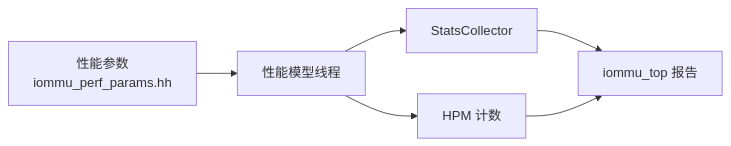
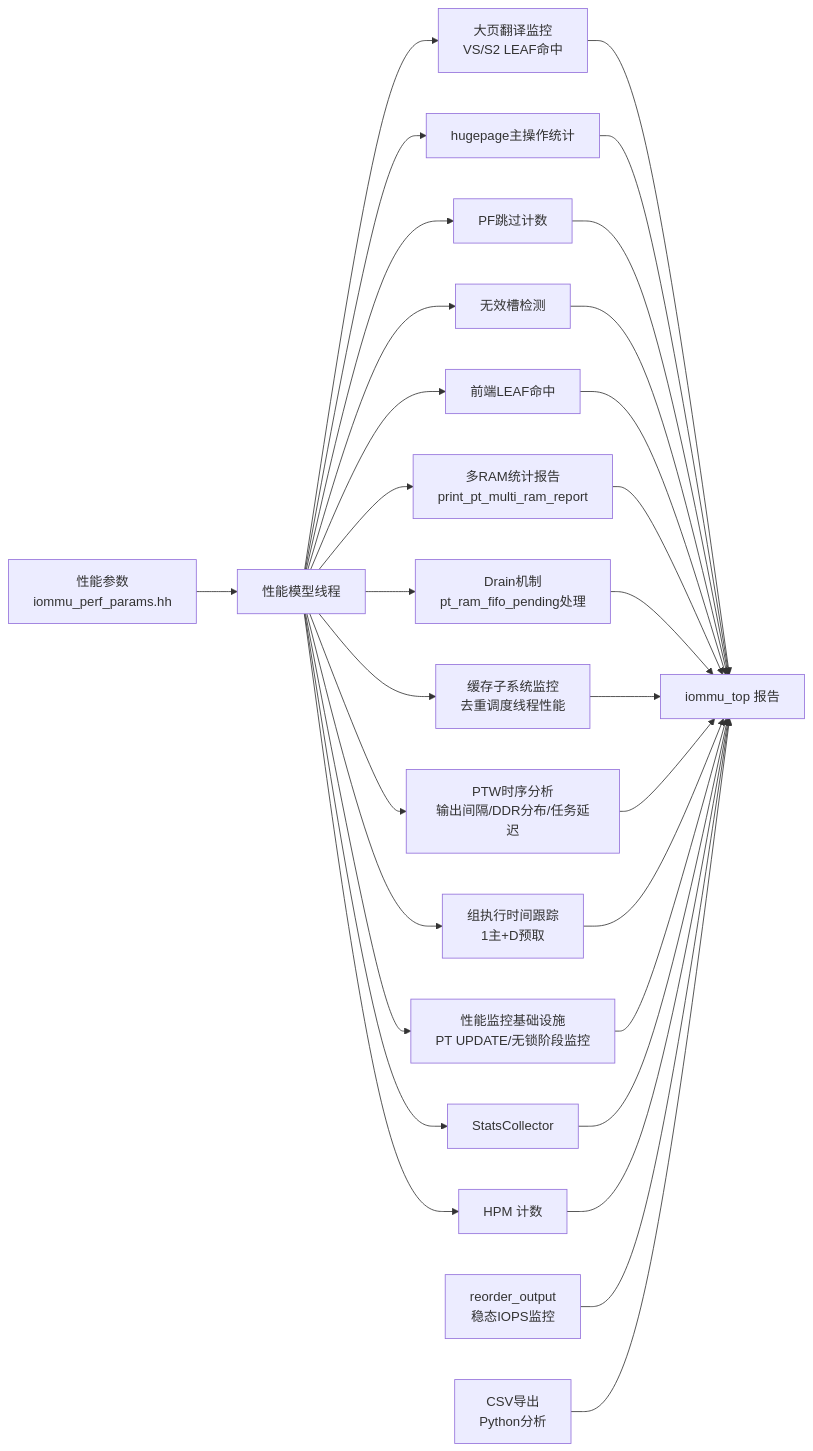
Diagram 11 of 11 in .qoder/repowiki/zh/content/性能模型/性能指标与统计.md (jiangjiang1122/iommu_model_20260401_v1), drawn with Mermaid before and after one commit. The commit also changed other lines of this file and 186 other files, not shown here.

````diff
--- a/.qoder/repowiki/zh/content/性能模型/性能指标与统计.md
+++ b/.qoder/repowiki/zh/content/性能模型/性能指标与统计.md
@@ -363,8 +710,32 @@
 ```mermaid
 graph LR
 Params["性能参数<br/>iommu_perf_params.hh"] --> PerfModel["性能模型线程"]
 PerfModel --> Stats["StatsCollector"]
+PerfModel --> LeafHit["大页翻译监控<br/>VS/S2 LEAF命中"]
+PerfModel --> HugePage["hugepage主操作统计"]
+PerfModel --> PFSkip["PF跳过计数"]
+PerfModel --> InvalidSlot["无效槽检测"]
+PerfModel --> FrontLeaf["前端LEAF命中"]
+PerfModel --> MultiRAM["多RAM统计报告<br/>print_pt_multi_ram_report"]
+PerfModel --> Drain["Drain机制<br/>pt_ram_fifo_pending处理"]
+PerfModel --> DedupMon["缓存子系统监控<br/>去重调度线程性能"]
+PerfModel --> PTWTiming["PTW时序分析<br/>输出间隔/DDR分布/任务延迟"]
+PerfModel --> GroupExec["组执行时间跟踪<br/>1主+D预取"]
+PerfModel --> MonInfra["性能监控基础设施<br/>PT UPDATE/无锁阶段监控"]
 PerfModel --> HPM["HPM 计数"]
-Stats --> Top["iommu_top 报告"]
+LeafHit --> Top["iommu_top 报告"]
+HugePage --> Top
+PFSkip --> Top
+InvalidSlot --> Top
+FrontLeaf --> Top
+MultiRAM --> Top
+Drain --> Top
+DedupMon --> Top
+PTWTiming --> Top
+GroupExec --> Top
+MonInfra --> Top
+Stats --> Top
 HPM --> Top
+Reorder["reorder_output<br/>稳态IOPS监控"] --> Top
+Export["CSV导出<br/>Python分析"] --> Top
 ```
````
